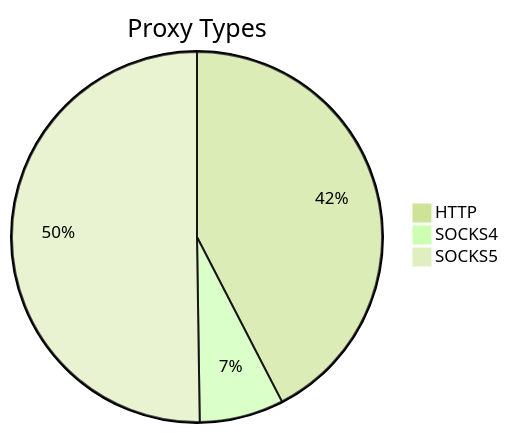
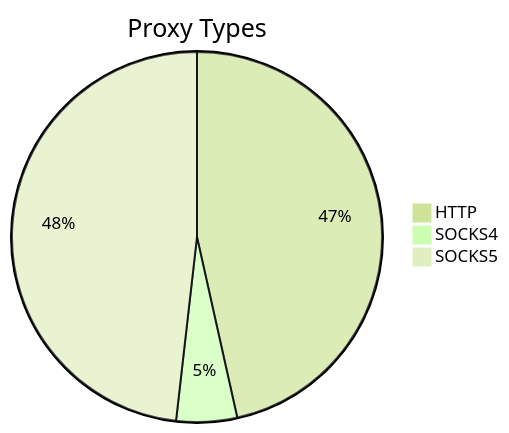
The first of 2 diagrams in README.md (stormsia/proxy-list), drawn with Mermaid (forest theme) before and after one commit. The commit also changed other lines of this file, not shown here.

````diff
--- a/README.md
+++ b/README.md
@@ -21,6 +21,6 @@
 ```mermaid
 pie title Proxy Types
-    "HTTP" : 179
-    "SOCKS4" : 31
-    "SOCKS5" : 212
+    "HTTP" : 193
+    "SOCKS4" : 22
+    "SOCKS5" : 200
 ```
````
